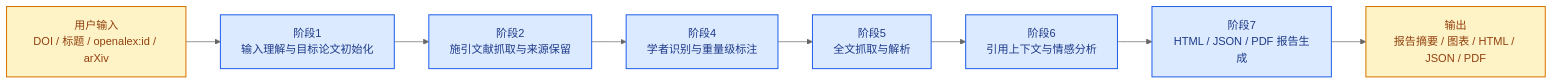
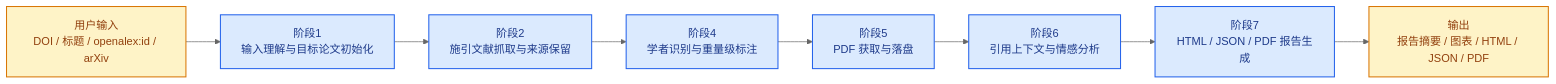
Before and after one commit to TimMCBen/CiteAnalyzer-Agent: the first of 4 diagrams in docs/design-docs/citation-analysis-maps.md, drawn with Mermaid (neutral theme). The commit also changed other lines of this file and 11 other files, not shown here.

````diff
--- a/docs/design-docs/citation-analysis-maps.md
+++ b/docs/design-docs/citation-analysis-maps.md
@@ -23,19 +23,19 @@
 ```mermaid
 flowchart LR
     input["用户输入<br/>DOI / 标题 / openalex:id / arXiv"]
     s1["阶段1<br/>输入理解与目标论文初始化"]
     s2["阶段2<br/>施引文献抓取与来源保留"]
     s4["阶段4<br/>学者识别与重量级标注"]
-    s5["阶段5<br/>全文抓取与解析"]
+    s5["阶段5<br/>PDF 获取与落盘"]
     s6["阶段6<br/>引用上下文与情感分析"]
     s7["阶段7<br/>HTML / JSON / PDF 报告生成"]
     output["输出<br/>报告摘要 / 图表 / HTML / JSON / PDF"]
 
     input --> s1 --> s2 --> s4 --> s5 --> s6 --> s7 --> output
 
     classDef stage fill:#dbeafe,stroke:#2563eb,stroke-width:1.5px,color:#1e3a8a
     classDef io fill:#fef3c7,stroke:#d97706,stroke-width:1.5px,color:#92400e
 
     class s1,s2,s4,s5,s6,s7 stage
     class input,output io
 ```
````
